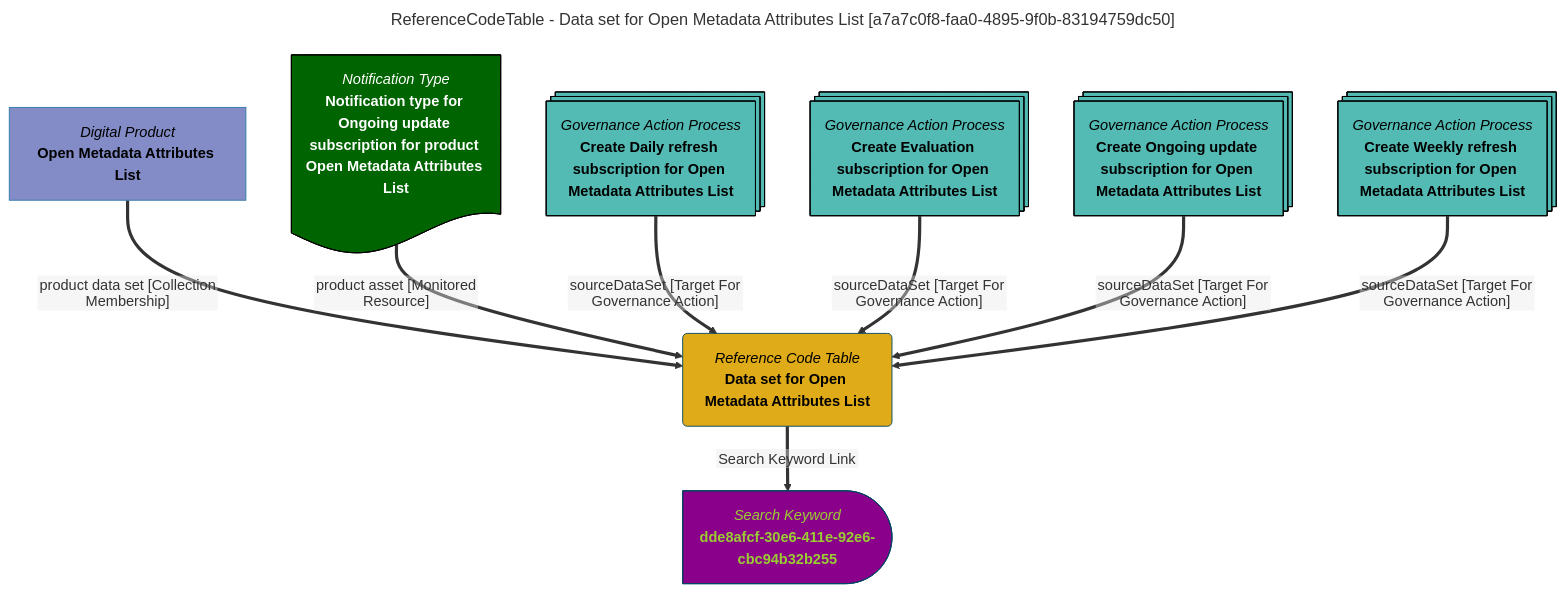
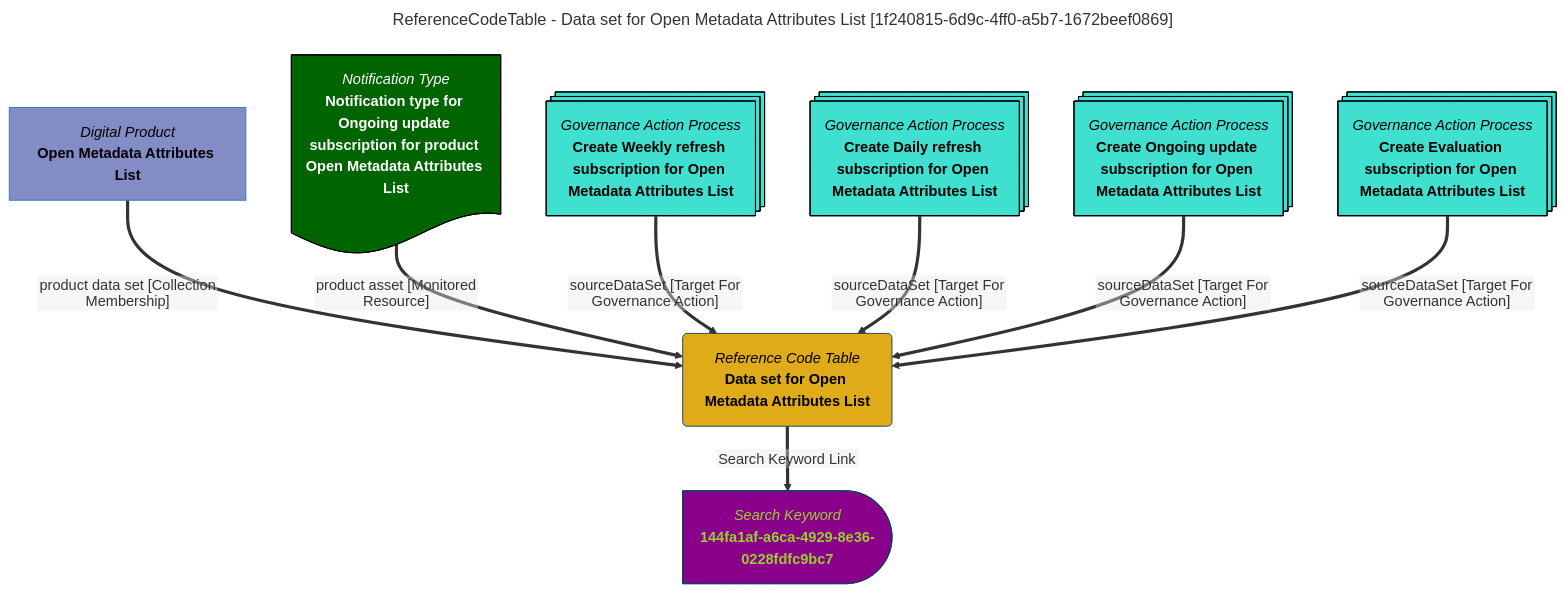
One commit to odpi/egeria-docs changed the diagram in site/snippets/data-assets/data-set-for-open-metadata-attributes-list-mermaid-graph.md. Above: the diagram before and after it, drawn with Mermaid. The commit also changed 2201 other files, not shown here.

````diff
--- a/site/snippets/data-assets/data-set-for-open-metadata-attributes-list-mermaid-graph.md
+++ b/site/snippets/data-assets/data-set-for-open-metadata-attributes-list-mermaid-graph.md
@@ -1,39 +1,39 @@
 ```mermaid
 ---
-title: ReferenceCodeTable - Data set for Open Metadata Attributes List [a7a7c0f8-faa0-4895-9f0b-83194759dc50]
+title: ReferenceCodeTable - Data set for Open Metadata Attributes List [1f240815-6d9c-4ff0-a5b7-1672beef0869]
 ---
 flowchart TD
 %%{init: {"flowchart": {"htmlLabels": false}} }%%
 
 1@{ shape: rounded, label: "*Reference Code Table*
 **Data set for Open Metadata Attributes List**"}
 2@{ shape: delay, label: "*Search Keyword*
-**dde8afcf-30e6-411e-92e6-cbc94b32b255**"}
+**144fa1af-a6ca-4929-8e36-0228fdfc9bc7**"}
 1==>|"Search Keyword Link"|2
 3@{ shape: rect, label: "*Digital Product*
 **Open Metadata Attributes List**"}
 3==>|"product data set [Collection Membership]"|1
 4@{ shape: doc, label: "*Notification Type*
 **Notification type for Ongoing update subscription for product Open Metadata Attributes List**"}
 4==>|"product asset [Monitored Resource]"|1
 5@{ shape: processes, label: "*Governance Action Process*
-**Create Daily refresh subscription for Open Metadata Attributes List**"}
+**Create Weekly refresh subscription for Open Metadata Attributes List**"}
 5==>|"sourceDataSet [Target For Governance Action]"|1
 6@{ shape: processes, label: "*Governance Action Process*
-**Create Evaluation subscription for Open Metadata Attributes List**"}
+**Create Daily refresh subscription for Open Metadata Attributes List**"}
 6==>|"sourceDataSet [Target For Governance Action]"|1
 7@{ shape: processes, label: "*Governance Action Process*
 **Create Ongoing update subscription for Open Metadata Attributes List**"}
 7==>|"sourceDataSet [Target For Governance Action]"|1
 8@{ shape: processes, label: "*Governance Action Process*
-**Create Weekly refresh subscription for Open Metadata Attributes List**"}
+**Create Evaluation subscription for Open Metadata Attributes List**"}
 8==>|"sourceDataSet [Target For Governance Action]"|1
 style 1 color:#000000, fill:#e0ab18, stroke:#004563
-style 2 color:#9acd32, fill:#8b008b, stroke:#004563
+style 2 color:#9ACD32, fill:#8B008B, stroke:#004563
 style 3 color:#000000, fill:#838cc7, stroke:#3079ab
 style 4 color:#FFFFFF, fill:#006400, stroke:#000000
-style 5 color:#000000, fill:#53bbb4, stroke:#000000
-style 6 color:#000000, fill:#53bbb4, stroke:#000000
-style 7 color:#000000, fill:#53bbb4, stroke:#000000
-style 8 color:#000000, fill:#53bbb4, stroke:#000000
+style 5 color:#000000, fill:#40E0D0, stroke:#000000
+style 6 color:#000000, fill:#40E0D0, stroke:#000000
+style 7 color:#000000, fill:#40E0D0, stroke:#000000
+style 8 color:#000000, fill:#40E0D0, stroke:#000000
 ```
````
